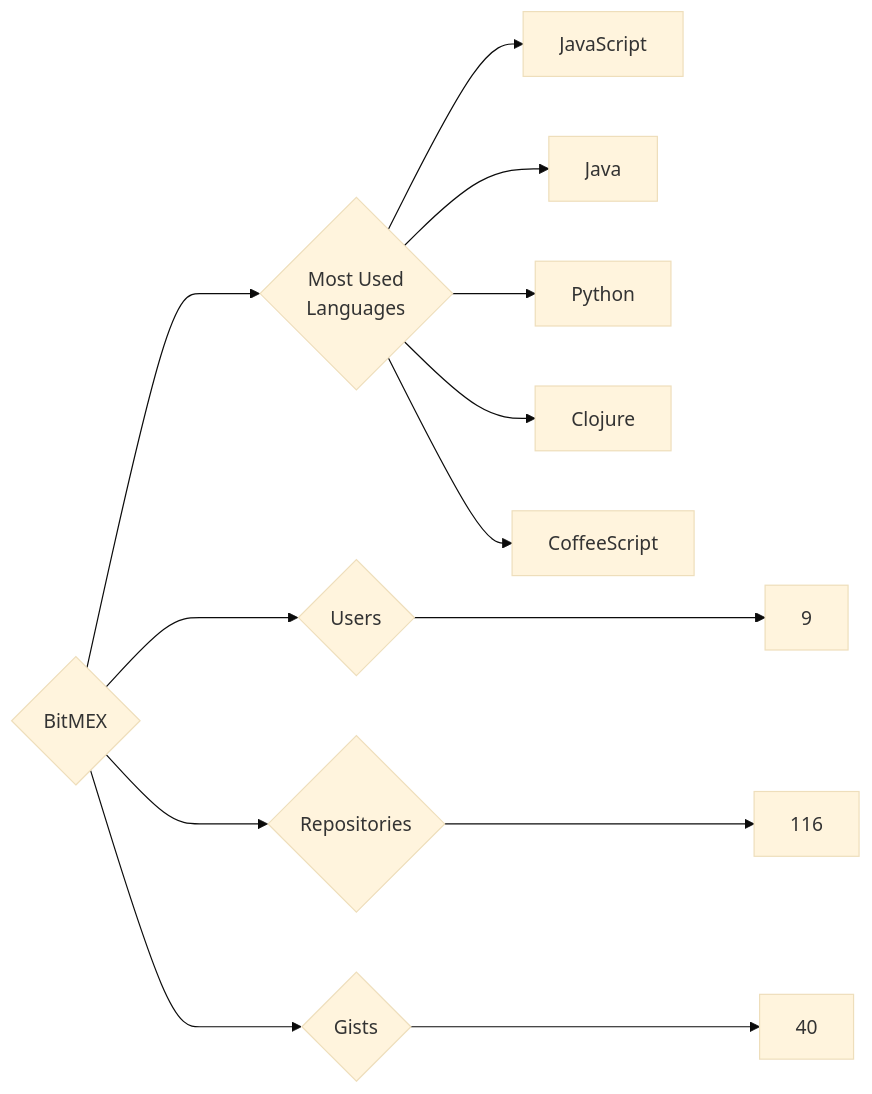
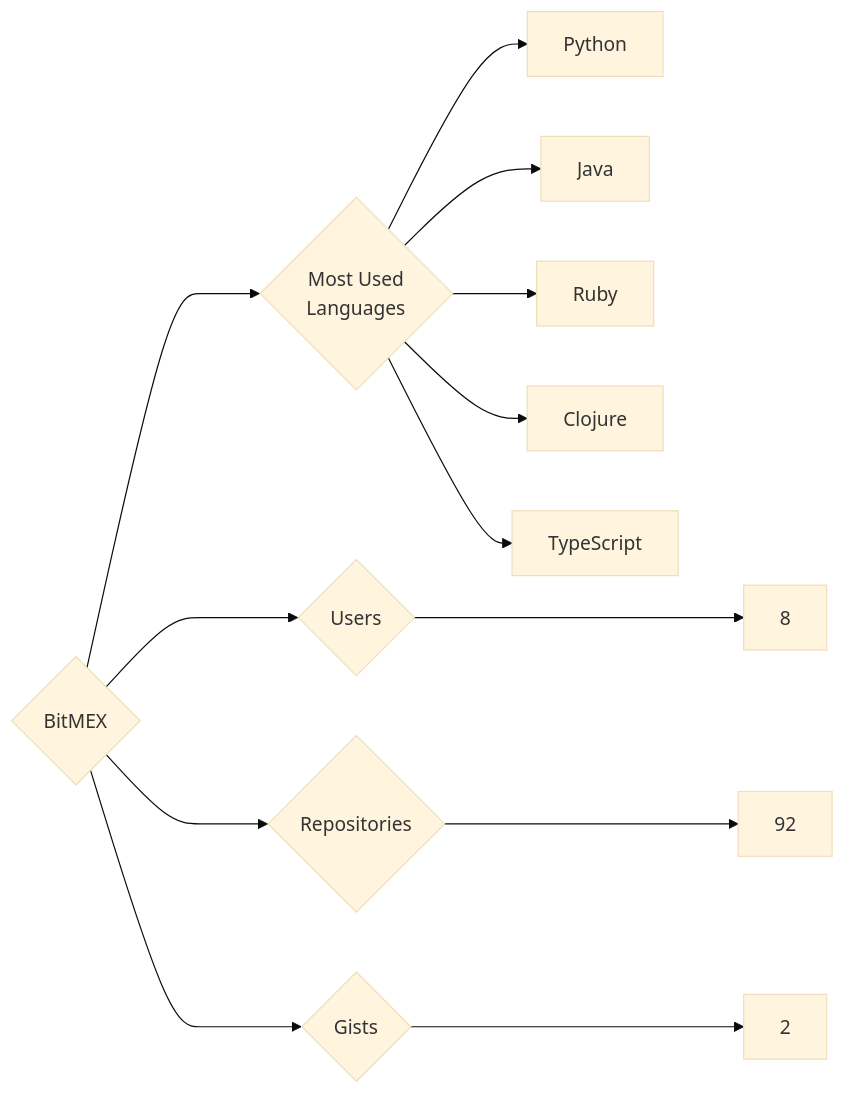
Before and after one commit to trickest/insiders: the diagram in targets/BitMEX/README.md, drawn with Mermaid (base theme). The commit also changed 857 other files, not shown here.

````diff
--- a/targets/BitMEX/README.md
+++ b/targets/BitMEX/README.md
@@ -3,13 +3,13 @@
 ```mermaid
 graph LR
 COMPANY_NAME{BitMEX}
-COMPANY_NAME ---> U{Users} ---> UN[9]
-COMPANY_NAME ---> R{Repositories} ---> RN[116]
-COMPANY_NAME ---> G{Gists} ---> GN[40]
+COMPANY_NAME ---> U{Users} ---> UN[8]
+COMPANY_NAME ---> R{Repositories} ---> RN[92]
+COMPANY_NAME ---> G{Gists} ---> GN[2]
 COMPANY_NAME ---> ML{Most Used<br>Languages}
-ML --> JavaScript[JavaScript]
+ML --> Python[Python]
 ML --> Java[Java]
-ML --> Python[Python]
+ML --> Ruby[Ruby]
 ML --> Clojure[Clojure]
-ML --> CoffeeScript[CoffeeScript]
+ML --> TypeScript[TypeScript]
 ```
````
